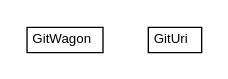
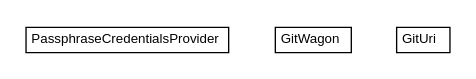
One commit to trajano/wagon-git changed the diagram in apidocs/net/trajano/wagon/git/net.trajano.wagon.git.dot. Above: the diagram before and after it, drawn with Graphviz. The commit also changed 98 other files, not shown here.

Commit message:
wagon-git commit

```diff
--- a/apidocs/net/trajano/wagon/git/net.trajano.wagon.git.dot
+++ b/apidocs/net/trajano/wagon/git/net.trajano.wagon.git.dot
@@ -1,24 +1,30 @@
 #!/usr/local/bin/dot
 #
 # Class diagram 
 # Generated by UMLGraph version R5_6-24-gf6e263 (http://www.umlgraph.org/)
 #
 
 digraph G {
 	edge [fontname="arial",fontsize=10,labelfontname="arial",labelfontsize=10];
 	node [fontname="arial",fontsize=10,shape=plaintext];
 	nodesep=0.25;
 	ranksep=0.5;
+	// net.trajano.wagon.git.PassphraseCredentialsProvider
+	c0 [label=<<table title="net.trajano.wagon.git.PassphraseCredentialsProvider" border="0" cellborder="1" cellspacing="0" cellpadding="2" port="p" href="./PassphraseCredentialsProvider.html">
+		<tr><td><table border="0" cellspacing="0" cellpadding="1">
+<tr><td align="center" balign="center"> PassphraseCredentialsProvider </td></tr>
+		</table></td></tr>
+		</table>>, URL="./PassphraseCredentialsProvider.html", fontname="arial", fontcolor="black", fontsize=10.0];
 	// net.trajano.wagon.git.GitWagon
-	c0 [label=<<table title="net.trajano.wagon.git.GitWagon" border="0" cellborder="1" cellspacing="0" cellpadding="2" port="p" href="./GitWagon.html">
+	c1 [label=<<table title="net.trajano.wagon.git.GitWagon" border="0" cellborder="1" cellspacing="0" cellpadding="2" port="p" href="./GitWagon.html">
 		<tr><td><table border="0" cellspacing="0" cellpadding="1">
 <tr><td align="center" balign="center"> GitWagon </td></tr>
 		</table></td></tr>
 		</table>>, URL="./GitWagon.html", fontname="arial", fontcolor="black", fontsize=10.0];
 	// net.trajano.wagon.git.GitUri
-	c1 [label=<<table title="net.trajano.wagon.git.GitUri" border="0" cellborder="1" cellspacing="0" cellpadding="2" port="p" href="./GitUri.html">
+	c2 [label=<<table title="net.trajano.wagon.git.GitUri" border="0" cellborder="1" cellspacing="0" cellpadding="2" port="p" href="./GitUri.html">
 		<tr><td><table border="0" cellspacing="0" cellpadding="1">
 <tr><td align="center" balign="center"> GitUri </td></tr>
 		</table></td></tr>
 		</table>>, URL="./GitUri.html", fontname="arial", fontcolor="black", fontsize=10.0];
 }
```
